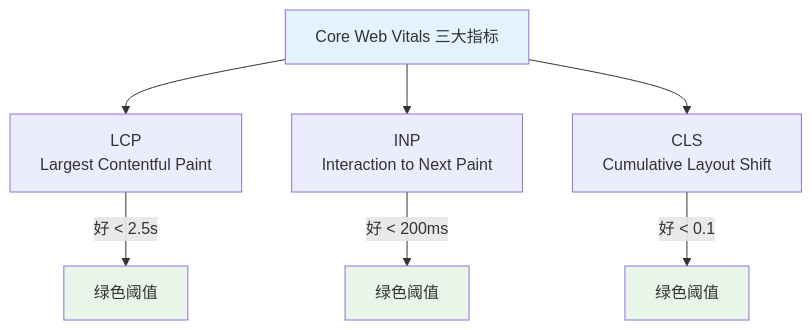
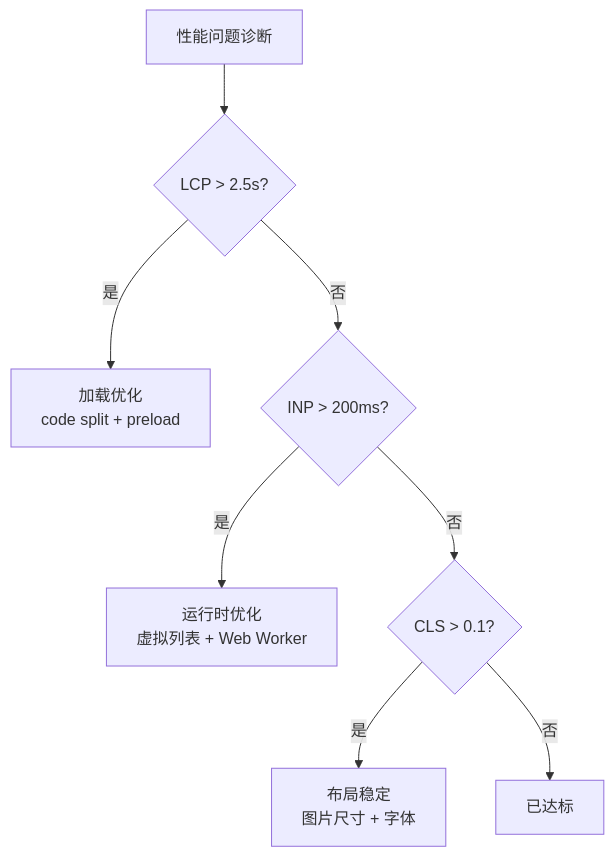
The diagram in note/09.front-end/06-performance/README.md (wb04307201/wb04307201), drawn with Mermaid before and after one commit. The commit also changed other lines of this file, not shown here.

````diff
--- a/note/09.front-end/06-performance/README.md
+++ b/note/09.front-end/06-performance/README.md
@@ -24,13 +32,10 @@
 ```mermaid
-graph TB
-  A[Core Web Vitals 三大指标] --> B[LCP<br/>Largest Contentful Paint]
-  A --> C[INP<br/>Interaction to Next Paint]
-  A --> D[CLS<br/>Cumulative Layout Shift]
-  B -->|好 < 2.5s| B1[绿色阈值]
-  C -->|好 < 200ms| C1[绿色阈值]
-  D -->|好 < 0.1| D1[绿色阈值]
-  style A fill:#e3f2fd
-  style B1 fill:#e8f5e9
-  style C1 fill:#e8f5e9
-  style D1 fill:#e8f5e9
+flowchart TD
+    A[性能问题诊断] --> B{LCP > 2.5s?}
+    B -->|是| C[加载优化<br/>code split + preload]
+    B -->|否| D{INP > 200ms?}
+    D -->|是| E[运行时优化<br/>虚拟列表 + Web Worker]
+    D -->|否| F{CLS > 0.1?}
+    F -->|是| G[布局稳定<br/>图片尺寸 + 字体]
+    F -->|否| H[已达标]
 ```
````
